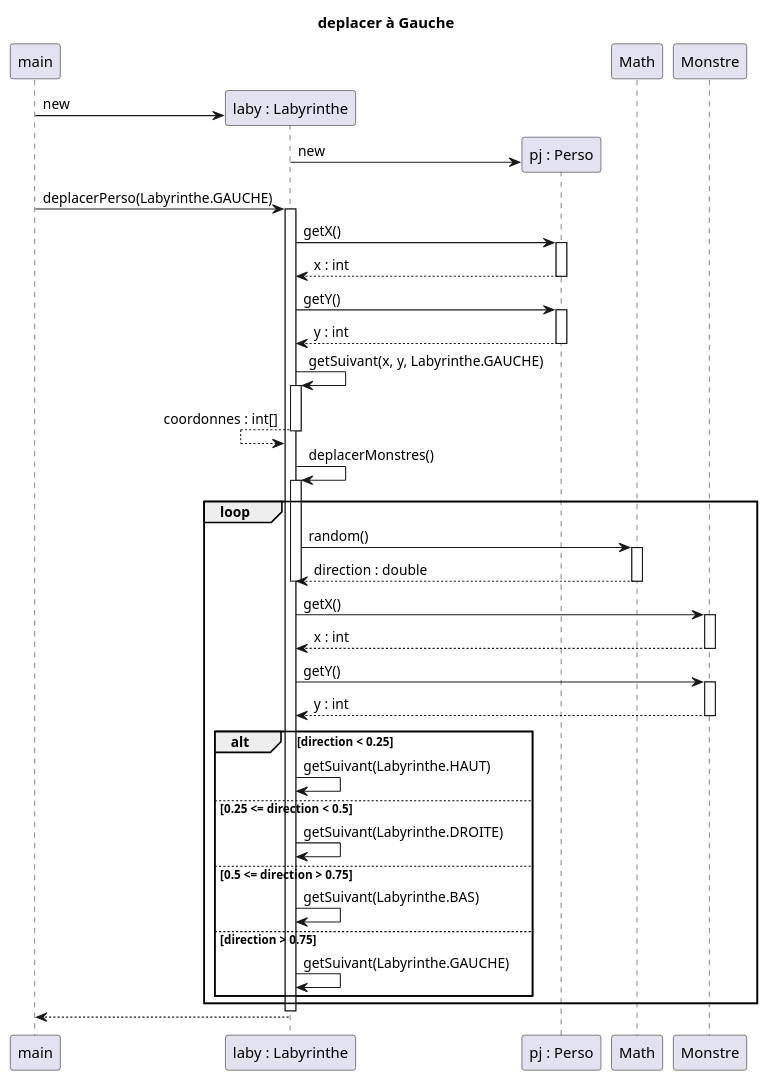
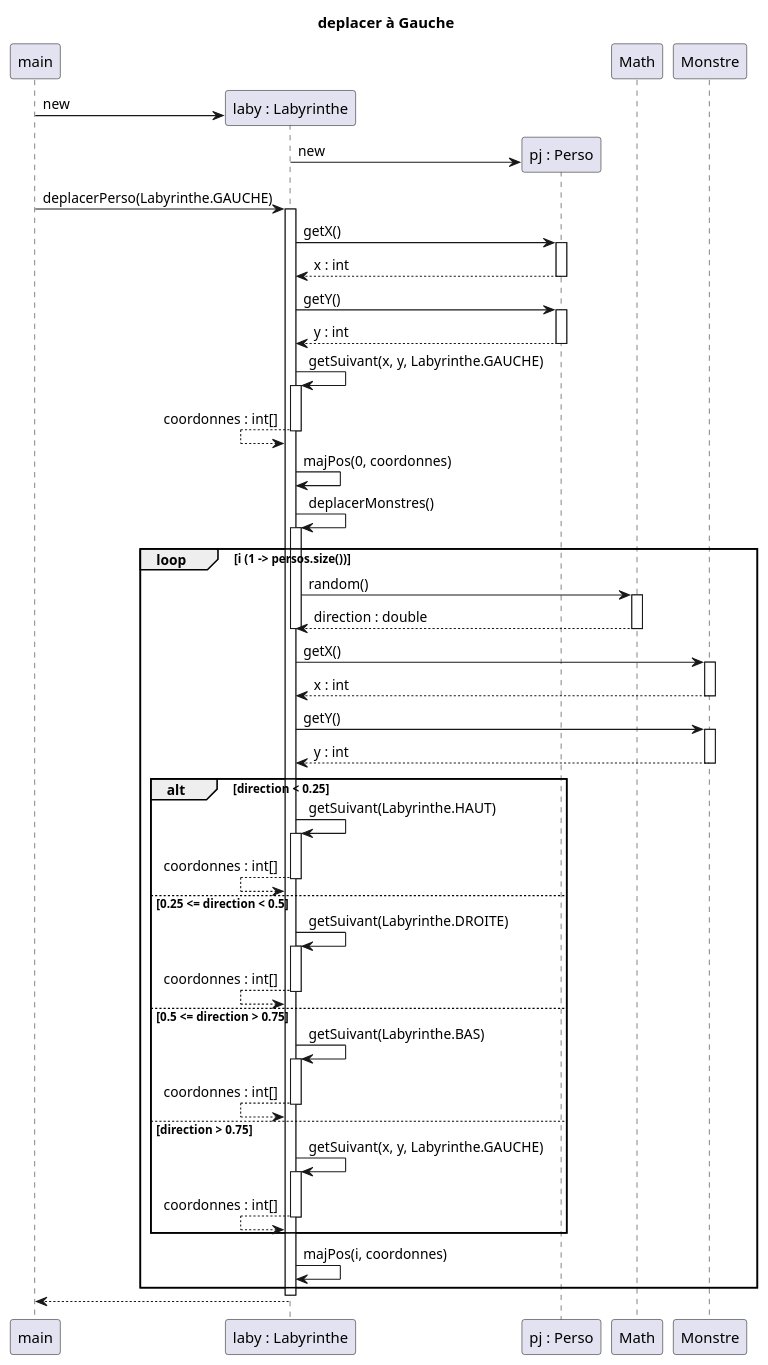
Before and after one commit to Packingdustry/2024_Zeldiablo_massoncl1u_delaborde2u_e2074u_marti1228u_e2920u: the diagram in projet_zeldiablo/documents/version_3/deplacerMonstre.puml, drawn with PlantUML. The commit also changed 1 other file, not shown here.

Commit message:
modification du diagramme de séquence déplacer monstre suite à l'écriture du code

```diff
--- a/projet_zeldiablo/documents/version_3/deplacerMonstre.puml
+++ b/projet_zeldiablo/documents/version_3/deplacerMonstre.puml
@@ -1,57 +1,70 @@
 @startuml
 title deplacer à Gauche
 participant "main" as m
 participant "laby : Labyrinthe" as l
 participant "pj : Perso" as p
 participant Math
 participant Monstre
 create l
 m -> l : new
 create p
 l -> p : new
 m -> l : deplacerPerso(Labyrinthe.GAUCHE)
 activate l
   l -> p : getX()
   activate p
     l <-- p : x : int
   deactivate p
   l -> p : getY()
   activate p
     l <-- p : y : int
   deactivate p
   l -> l : getSuivant(x, y, Labyrinthe.GAUCHE)
   activate l
     l <-- l : coordonnes : int[]
   deactivate l
+  l -> l : majPos(0, coordonnes)
   l -> l : deplacerMonstres()
   activate l
-    loop
+    loop i (1 -> persos.size())
         l -> Math : random()
         activate Math
         return direction : double
         deactivate
 
           l -> Monstre : getX()
           activate Monstre
             l <-- Monstre : x : int
           deactivate Monstre
           l -> Monstre : getY()
           activate Monstre
             l <-- Monstre : y : int
           deactivate Monstre
         alt direction < 0.25
           l -> l : getSuivant(Labyrinthe.HAUT)
+          activate l
+            l <-- l : coordonnes : int[]
+          deactivate l
         else 0.25 <= direction < 0.5
           l -> l : getSuivant(Labyrinthe.DROITE)
+          activate l
+            l <-- l : coordonnes : int[]
+          deactivate l
         else 0.5 <= direction > 0.75
           l -> l : getSuivant(Labyrinthe.BAS)
+          activate l
+            l <-- l : coordonnes : int[]
+          deactivate l
         else direction > 0.75
-          l -> l : getSuivant(Labyrinthe.GAUCHE)
+          l -> l : getSuivant(x, y, Labyrinthe.GAUCHE)
+            activate l
+              l <-- l : coordonnes : int[]
+            deactivate l
         end
+        l -> l : majPos(i, coordonnes)
     end
-
   deactivate l
   deactivate l
 m <-- l
 deactivate l
 @enduml
```
